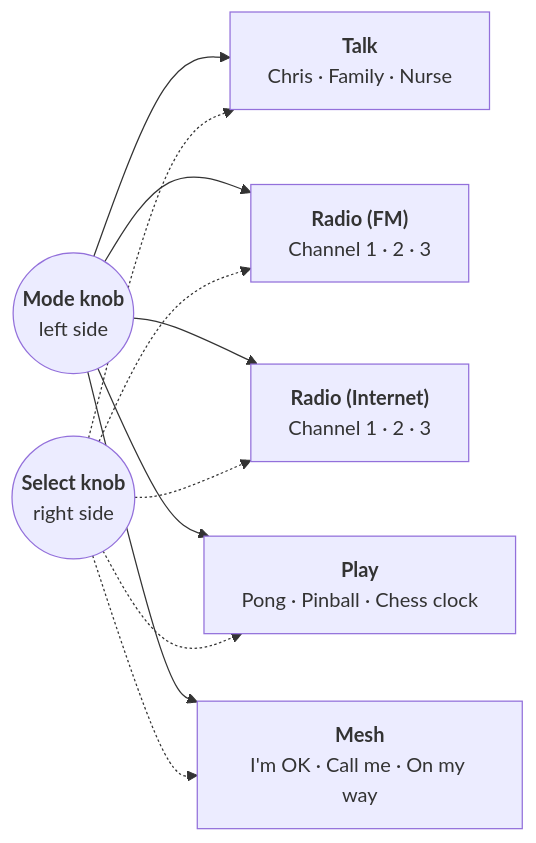
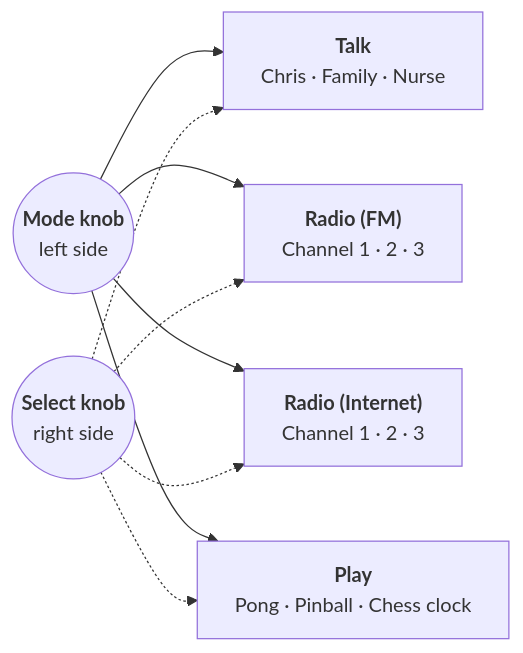
The diagram in Pop's Radio as a Platform.md (cgbarlow/popsradio), drawn with Mermaid before and after one commit. The commit also changed other lines of this file and 7 other files, not shown here.

````diff
--- a/Pop's Radio as a Platform.md
+++ b/Pop's Radio as a Platform.md
@@ -66,13 +66,11 @@
 ```mermaid
 flowchart LR
   M(("<b>Mode knob</b><br/>left side")) --> T["<b>Talk</b><br/>Chris · Family · Nurse"]
   M --> F["<b>Radio (FM)</b><br/>Channel 1 · 2 · 3"]
   M --> I["<b>Radio (Internet)</b><br/>Channel 1 · 2 · 3"]
   M --> P["<b>Play</b><br/>Pong · Pinball · Chess clock"]
-  M --> X["<b>Mesh</b><br/>I'm OK · Call me · On my way"]
   S(("<b>Select knob</b><br/>right side")) -.-> T
   S -.-> F
   S -.-> I
   S -.-> P
-  S -.-> X
 ```
````
